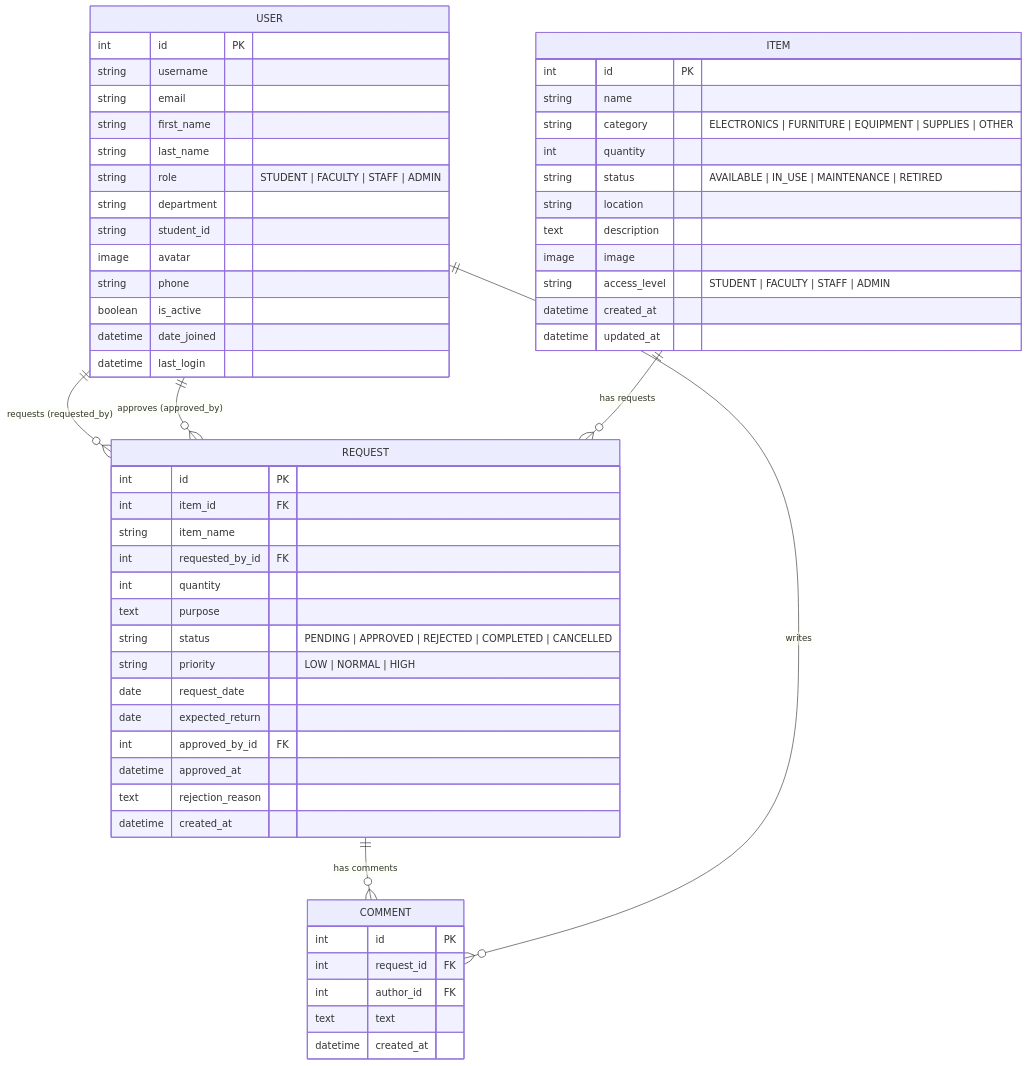
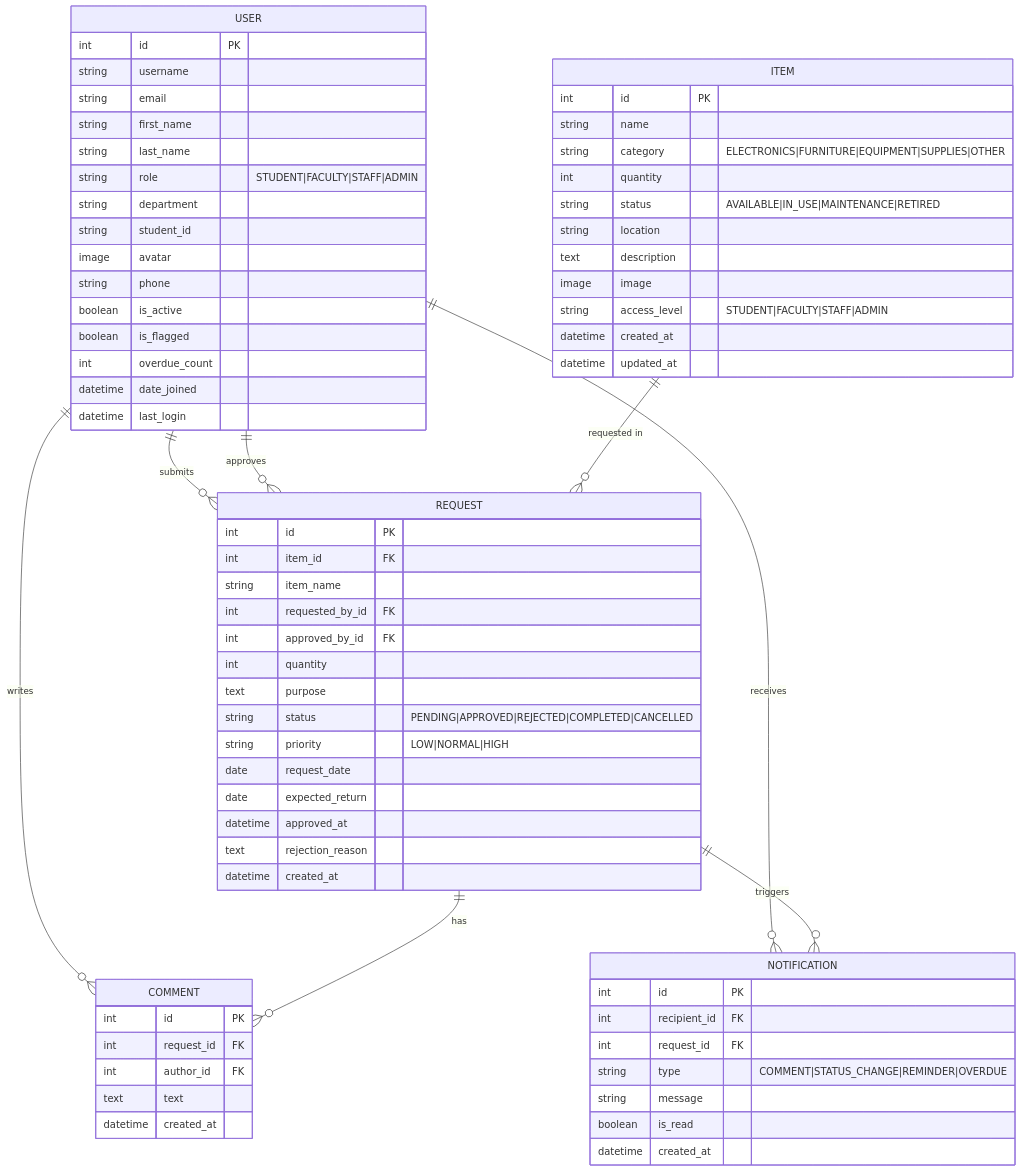
The fourth of 9 diagrams in system_documentation.md (RICKTZY22/plmun-nexus-), drawn with Mermaid before and after one commit. The commit also changed other lines of this file and 2 other files, not shown here.

First line of the commit message:
docs: overhaul system documentation with full diagrams and tables

````diff
--- a/system_documentation.md
+++ b/system_documentation.md
@@ -91,63 +209,77 @@
 ```mermaid
 erDiagram
     USER {
         int id PK
         string username
         string email
         string first_name
         string last_name
-        string role "STUDENT | FACULTY | STAFF | ADMIN"
+        string role "STUDENT|FACULTY|STAFF|ADMIN"
         string department
         string student_id
         image avatar
         string phone
         boolean is_active
+        boolean is_flagged
+        int overdue_count
         datetime date_joined
         datetime last_login
     }
 
     ITEM {
         int id PK
         string name
-        string category "ELECTRONICS | FURNITURE | EQUIPMENT | SUPPLIES | OTHER"
+        string category "ELECTRONICS|FURNITURE|EQUIPMENT|SUPPLIES|OTHER"
         int quantity
-        string status "AVAILABLE | IN_USE | MAINTENANCE | RETIRED"
+        string status "AVAILABLE|IN_USE|MAINTENANCE|RETIRED"
         string location
         text description
         image image
-        string access_level "STUDENT | FACULTY | STAFF | ADMIN"
+        string access_level "STUDENT|FACULTY|STAFF|ADMIN"
         datetime created_at
         datetime updated_at
     }
 
     REQUEST {
         int id PK
         int item_id FK
         string item_name
         int requested_by_id FK
+        int approved_by_id FK
         int quantity
         text purpose
-        string status "PENDING | APPROVED | REJECTED | COMPLETED | CANCELLED"
-        string priority "LOW | NORMAL | HIGH"
+        string status "PENDING|APPROVED|REJECTED|COMPLETED|CANCELLED"
+        string priority "LOW|NORMAL|HIGH"
         date request_date
         date expected_return
-        int approved_by_id FK
         datetime approved_at
         text rejection_reason
         datetime created_at
     }
 
     COMMENT {
         int id PK
         int request_id FK
         int author_id FK
         text text
         datetime created_at
     }
 
-    USER ||--o{ REQUEST : "requests (requested_by)"
-    USER ||--o{ REQUEST : "approves (approved_by)"
-    ITEM ||--o{ REQUEST : "has requests"
-    REQUEST ||--o{ COMMENT : "has comments"
+    NOTIFICATION {
+        int id PK
+        int recipient_id FK
+        int request_id FK
+        string type "COMMENT|STATUS_CHANGE|REMINDER|OVERDUE"
+        string message
+        boolean is_read
+        datetime created_at
+    }
+
+    USER ||--o{ REQUEST : "submits"
+    USER ||--o{ REQUEST : "approves"
     USER ||--o{ COMMENT : "writes"
+    USER ||--o{ NOTIFICATION : "receives"
+    ITEM ||--o{ REQUEST : "requested in"
+    REQUEST ||--o{ COMMENT : "has"
+    REQUEST ||--o{ NOTIFICATION : "triggers"
 ```
````
